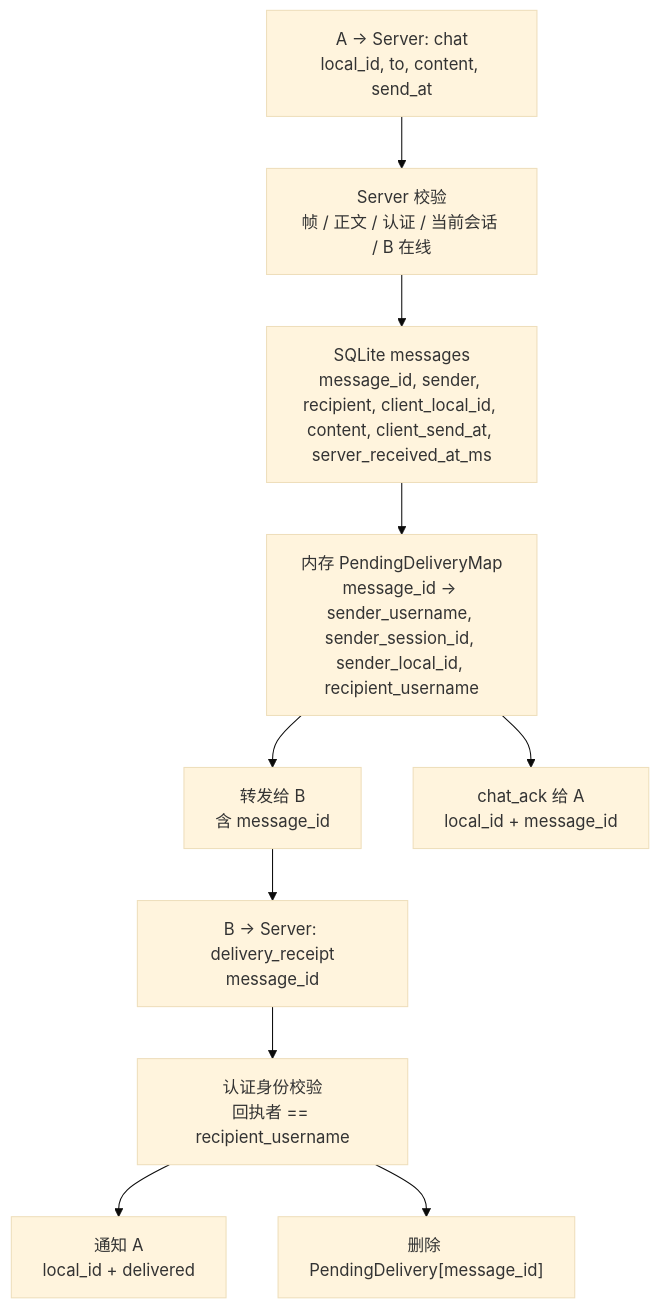
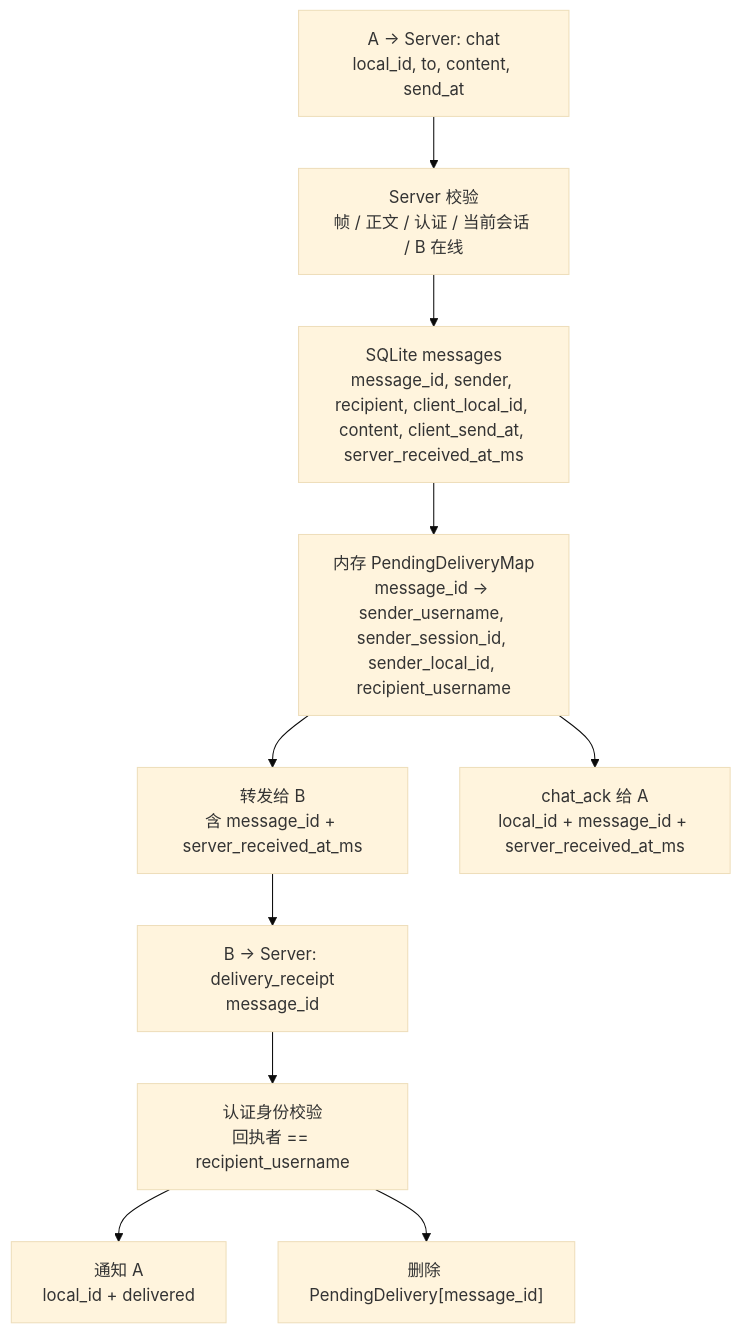
One commit to JiangZhuoChun/ChatHub changed the second of 4 diagrams in docs/ChatHub协议字段与状态流向总图.md. Above: the diagram before and after it, drawn with Mermaid (base theme). The commit also changed other lines of this file and 19 other files, not shown here.

````diff
--- a/docs/ChatHub协议字段与状态流向总图.md
+++ b/docs/ChatHub协议字段与状态流向总图.md
@@ -104,18 +104,18 @@
 ```mermaid
 flowchart TD
     C["A → Server: chat\nlocal_id, to, content, send_at"]
     V["Server 校验\n帧 / 正文 / 认证 / 当前会话 / B 在线"]
     DB["SQLite messages\nmessage_id, sender, recipient, client_local_id, content, client_send_at, server_received_at_ms"]
     P["内存 PendingDeliveryMap\nmessage_id → sender_username, sender_session_id, sender_local_id, recipient_username"]
-    B["转发给 B\n含 message_id"]
-    A["chat_ack 给 A\nlocal_id + message_id"]
+    B["转发给 B\n含 message_id + server_received_at_ms"]
+    A["chat_ack 给 A\nlocal_id + message_id + server_received_at_ms"]
     R["B → Server: delivery_receipt\nmessage_id"]
     D["认证身份校验\n回执者 == recipient_username"]
     N["通知 A\nlocal_id + delivered"]
 
     C --> V --> DB
     DB --> P --> B
     P --> A
     B --> R --> D --> N
     D --> X["删除 PendingDelivery[message_id]"]
 ```
````
